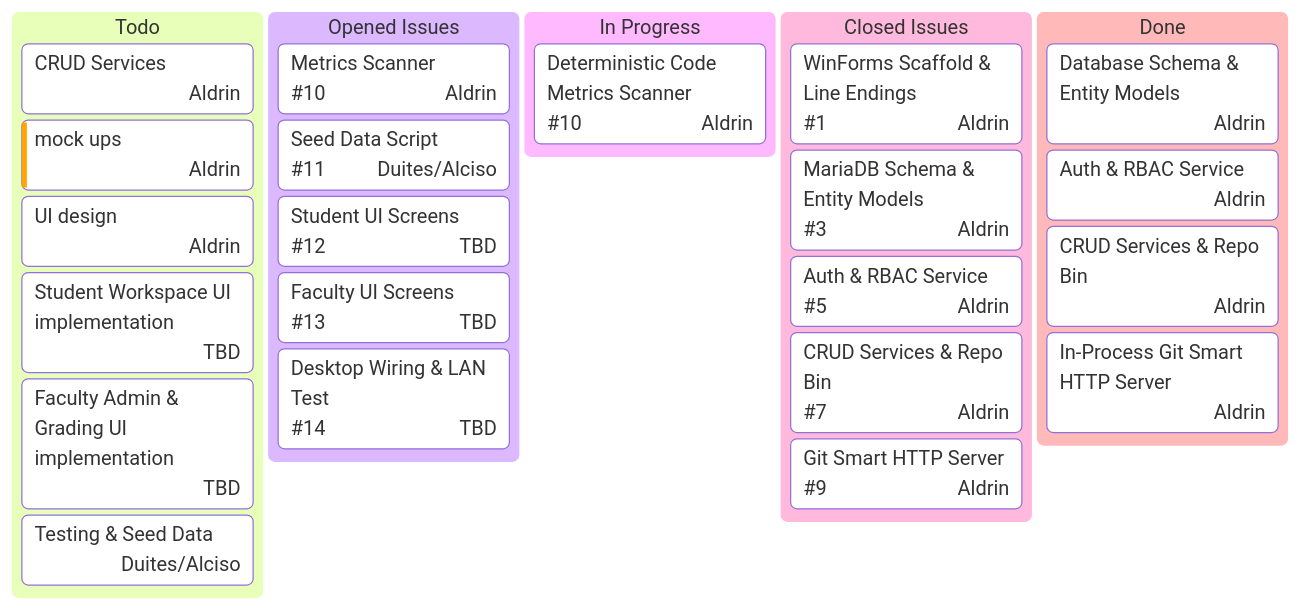
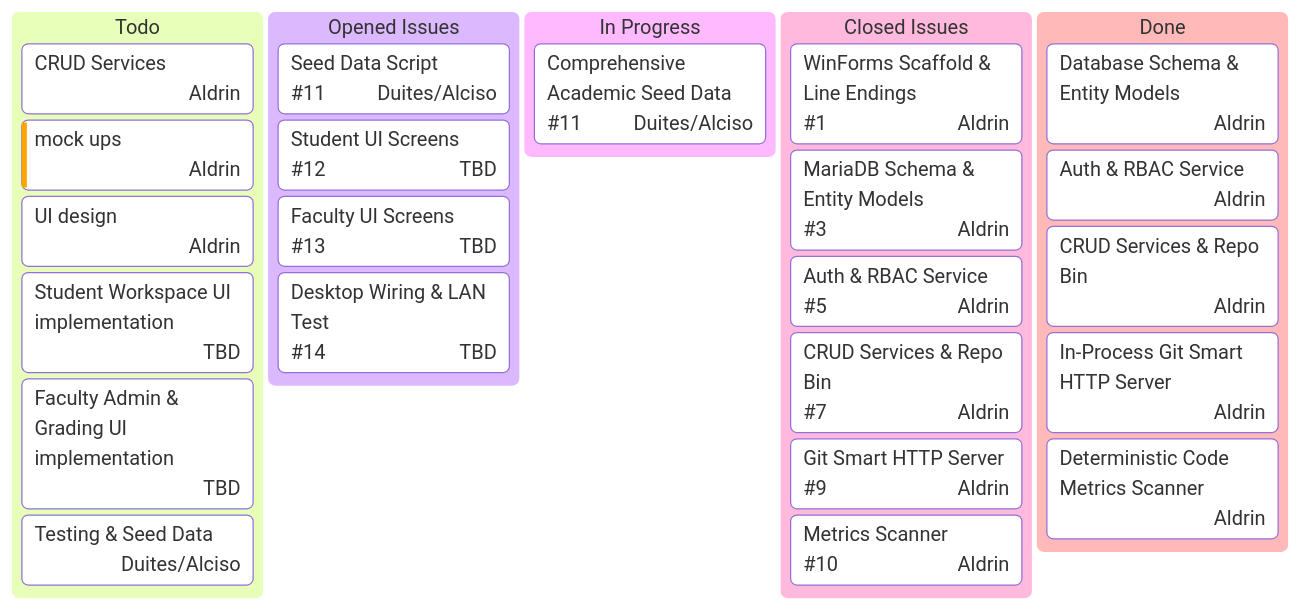
One commit to frtzhahn/repo-vault changed the diagram in README.md. Above: the diagram before and after it, drawn with Mermaid. The commit also changed 5 other files, not shown here.

Commit message:
feat(metrics): add code scanner & commit indexer + auto-index

````diff
--- a/README.md
+++ b/README.md
@@ -34,30 +34,31 @@
 ```mermaid
 kanban
   [Todo]
     [CRUD Services]@{ assigned: 'Aldrin'}
     [mock ups]@{ assigned: 'Aldrin', priority: 'High'}
     [UI design]@{ assigned: 'Aldrin'}
     [Student Workspace UI implementation]@{ assigned: 'TBD'}
     [Faculty Admin & Grading UI implementation]@{ assigned: 'TBD'}
     [Testing & Seed Data]@{ assigned: 'Duites/Alciso'}
   [Opened Issues]
-    [Metrics Scanner]@{ assigned: 'Aldrin', ticket: '#10' }
     [Seed Data Script]@{ assigned: 'Duites/Alciso', ticket: '#11' }
     [Student UI Screens]@{ assigned: 'TBD', ticket: '#12' }
     [Faculty UI Screens]@{ assigned: 'TBD', ticket: '#13' }
     [Desktop Wiring & LAN Test]@{ assigned: 'TBD', ticket: '#14' }
   [In Progress]
-    [Deterministic Code Metrics Scanner]@{ assigned: 'Aldrin', ticket: '#10' }
+    [Comprehensive Academic Seed Data]@{ assigned: 'Duites/Alciso', ticket: '#11' }
   [Closed Issues]
     [WinForms Scaffold & Line Endings]@{ assigned: 'Aldrin', ticket: '#1' }
     [MariaDB Schema & Entity Models]@{ assigned: 'Aldrin', ticket: '#3' }
     [Auth & RBAC Service]@{ assigned: 'Aldrin', ticket: '#5' }
     [CRUD Services & Repo Bin]@{ assigned: 'Aldrin', ticket: '#7' }
     [Git Smart HTTP Server]@{ assigned: 'Aldrin', ticket: '#9' }
+    [Metrics Scanner]@{ assigned: 'Aldrin', ticket: '#10' }
   [Done]
     [Database Schema & Entity Models]@{ assigned: 'Aldrin'}
     [Auth & RBAC Service]@{ assigned: 'Aldrin'}
     [CRUD Services & Repo Bin]@{ assigned: 'Aldrin'}
     [In-Process Git Smart HTTP Server]@{ assigned: 'Aldrin'}
+    [Deterministic Code Metrics Scanner]@{ assigned: 'Aldrin'}
 
 ```
````
